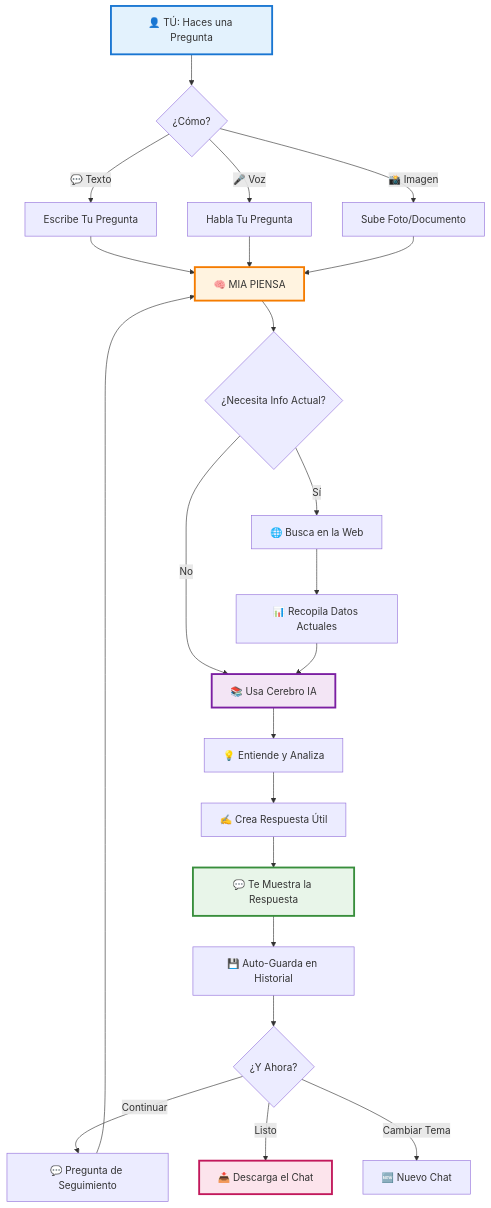
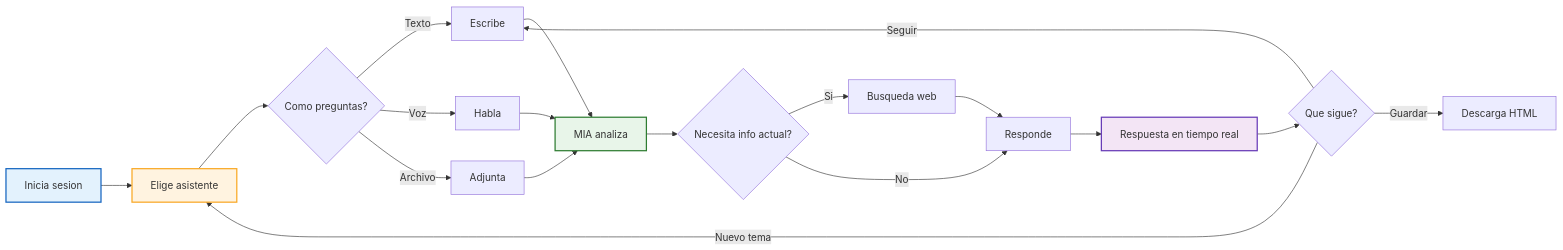
One commit to roldanalex/Personal-Assistant-AI changed the first of 2 diagrams in slides/presentacion.qmd. Above: the diagram before and after it, drawn with Mermaid. The commit also changed other lines of this file and 12 other files, not shown here.

````diff
--- a/slides/presentacion.qmd
+++ b/slides/presentacion.qmd
@@ -48,39 +155,30 @@
 ```{mermaid}
-%%| fig-width: 12
-%%| fig-height: 7
-flowchart TD
-    A[👤 TÚ: Haces una Pregunta] --> B{¿Cómo?}
-    B -->|💬 Texto| C[Escribe Tu Pregunta]
-    B -->|🎤 Voz| D[Habla Tu Pregunta]
-    B -->|📸 Imagen| E[Sube Foto/Documento]
-    
-    C --> F[🧠 MIA PIENSA]
-    D --> F
-    E --> F
-    
-    F --> G{¿Necesita Info Actual?}
-    G -->|Sí| H[🌐 Busca en la Web]
-    G -->|No| I[📚 Usa Cerebro IA]
-    
-    H --> J[📊 Recopila Datos Actuales]
-    J --> I
-    
-    I --> K[💡 Entiende y Analiza]
-    K --> L[✍️ Crea Respuesta Útil]
-    L --> M[💬 Te Muestra la Respuesta]
-    
-    M --> N[💾 Auto-Guarda en Historial]
-    N --> O{¿Y Ahora?}
-    
-    O -->|Continuar| P[💬 Pregunta de Seguimiento]
-    O -->|Listo| Q[📥 Descarga el Chat]
-    O -->|Cambiar Tema| R[🆕 Nuevo Chat]
-    
-    P --> F
-    
-    style A fill:#e3f2fd,stroke:#1976d2,stroke-width:3px
-    style F fill:#fff3e0,stroke:#f57c00,stroke-width:3px
-    style I fill:#f3e5f5,stroke:#7b1fa2,stroke-width:3px
-    style M fill:#e8f5e9,stroke:#388e3c,stroke-width:3px
-    style Q fill:#fce4ec,stroke:#c2185b,stroke-width:3px
+%%| fig-width: 11
+%%| fig-height: 5.5
+flowchart LR
+    A["Inicia sesion"] --> B["Elige asistente"]
+    B --> C{"Como preguntas?"}
+    C -->|Texto| D["Escribe"]
+    C -->|Voz| E["Habla"]
+    C -->|Archivo| F["Adjunta"]
+
+    D --> G["MIA analiza"]
+    E --> G
+    F --> G
+
+    G --> H{"Necesita info actual?"}
+    H -->|Si| I["Busqueda web"]
+    H -->|No| J["Responde"]
+    I --> J
+
+    J --> K["Respuesta en tiempo real"]
+    K --> L{"Que sigue?"}
+    L -->|Seguir| D
+    L -->|Nuevo tema| B
+    L -->|Guardar| M["Descarga HTML"]
+
+    style A fill:#E3F2FD,stroke:#1565C0,stroke-width:2px
+    style B fill:#FFF3E0,stroke:#F9A825,stroke-width:2px
+    style G fill:#E8F5E9,stroke:#2E7D32,stroke-width:2px
+    style K fill:#F3E5F5,stroke:#673AB7,stroke-width:2px
 ```
````
